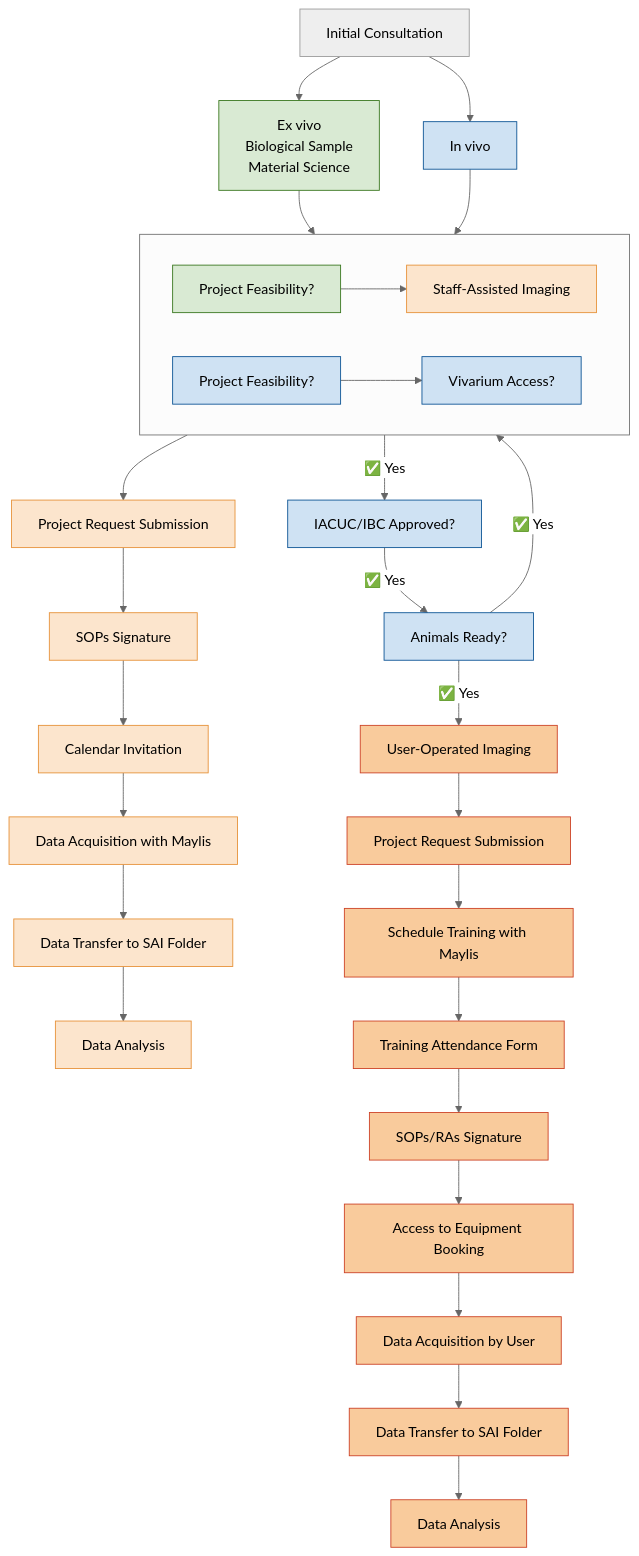
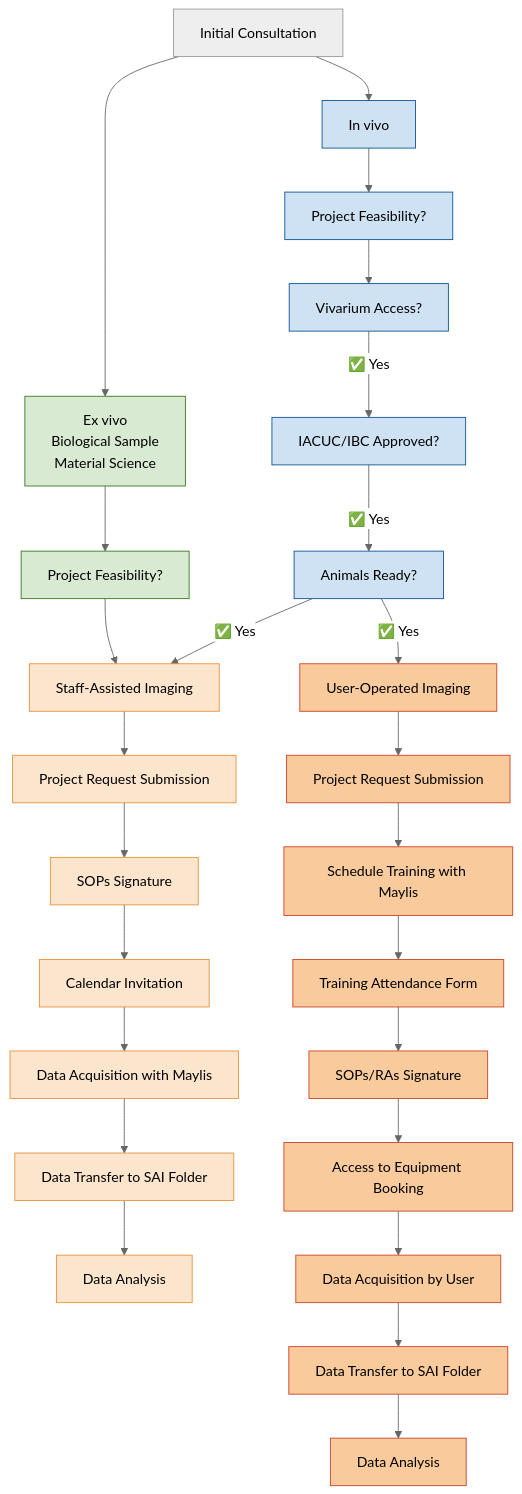
Before and after one commit to BioMedicalImaging-Core-NYUAD/smallanimalimaging-lab-documentation: the diagram in docs/source/1-lab-overview/SAI_scheduling.rst, drawn with Mermaid (neutral theme).

```diff
--- a/docs/source/1-lab-overview/SAI_scheduling.rst
+++ b/docs/source/1-lab-overview/SAI_scheduling.rst
@@ -8,73 +8,67 @@
 .. mermaid::
 
    graph TD
 
     %% Styles
     classDef exvivo fill:#d9ead3,stroke:#38761d,stroke-width:1px;
     classDef invivo fill:#cfe2f3,stroke:#0b5394,stroke-width:1px;
     classDef user fill:#f9cb9c,stroke:#cc4125,stroke-width:1px;
     classDef staff fill:#fce5cd,stroke:#e69138,stroke-width:1px;
 
     %% Nodes
     A["Initial Consultation"]
 
     %% Group 1: Ex vivo path
     B["Ex vivo<br>Biological Sample<br>Material Science"]:::exvivo
     D1["Project Feasibility?"]:::exvivo
 
     %% Group 2: In vivo path
     C["In vivo"]:::invivo
     L1["Project Feasibility?"]:::invivo
     M["Vivarium Access?"]:::invivo
     N["IACUC/IBC Approved?"]:::invivo
     O["Animals Ready?"]:::invivo
 
     %% Group 3: Staff-handled
     E["Staff-Assisted Imaging"]:::staff
     F["Project Request Submission"]:::staff
     G["SOPs Signature"]:::staff
     H["Calendar Invitation"]:::staff
     I["Data Acquisition with Maylis"]:::staff
     J["Data Transfer to SAI Folder"]:::staff
     K["Data Analysis"]:::staff
 
     %% Group 4: User-operated
     P["User-Operated Imaging"]:::user
     Q["Project Request Submission"]:::user
     R["Schedule Training with Maylis"]:::user
     S["Training Attendance Form"]:::user
     T["SOPs/RAs Signature"]:::user
     U["Access to Equipment Booking"]:::user
     V["Data Acquisition by User"]:::user
     W["Data Transfer to SAI Folder"]:::user
     X["Data Analysis"]:::user
 
     %% Flow
     A --> B
     A --> C
 
-    subgraph Align Decisions [ ]
-        direction LR
-        D1 --> E
-        L1 --> M
-    end
-
     %% Ex vivo flow
-    B --> D1
+    B --> D1 --> E
     E --> F --> G --> H --> I --> J --> K
 
     %% In vivo flow
-    C --> L1
+    C --> L1 --> M
     M --✅ Yes --> N
     N --✅ Yes --> O
     O --✅ Yes --> E
     O --✅ Yes --> P
 
     %% User-operated flow
     P --> Q --> R --> S --> T --> U --> V --> W --> X
 
     %% Clickable Nodes
     click A "mailto:maylis.boitet@nyu.edu"
     click Q "https://forms.gle/d3xRyphopVUj6PwW6"
     click S "https://docs.google.com/forms/d/e/1FAIpQLScLW1MOvo-9aAwX2_04FcyLGPR9xtDso9hu9SEixUy2VzuAiw/viewform"
     click U "https://corelabs.abudhabi.nyu.edu/"
```
